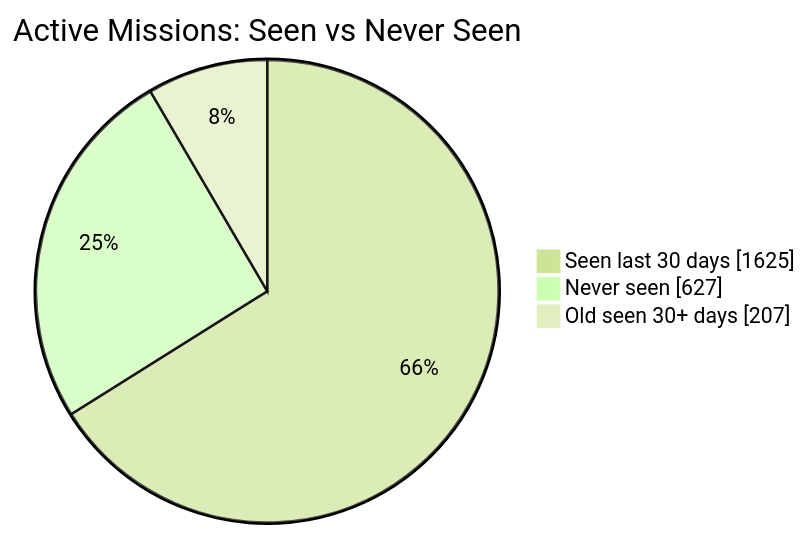
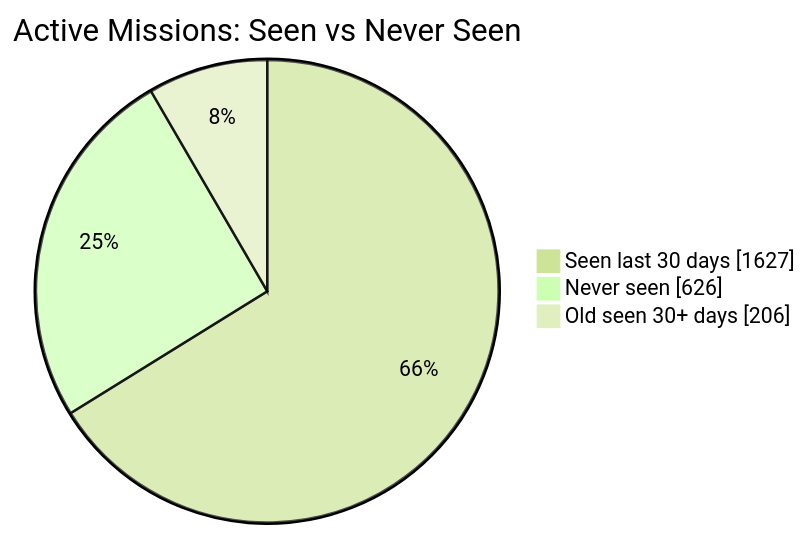
The first of 2 diagrams in README.md (MeldkamerspelGameTeam/active-missions), drawn with Mermaid (forest theme) before and after one commit. The commit also changed other lines of this file and 4 other files, not shown here.

````diff
--- a/README.md
+++ b/README.md
@@ -34,7 +34,7 @@
 ```mermaid
 pie showData
     title Active Missions: Seen vs Never Seen
-    "Seen last 30 days" : 1625
-    "Never seen" : 627
-    "Old seen 30+ days" : 207
+    "Seen last 30 days" : 1627
+    "Never seen" : 626
+    "Old seen 30+ days" : 206
 ```
````
